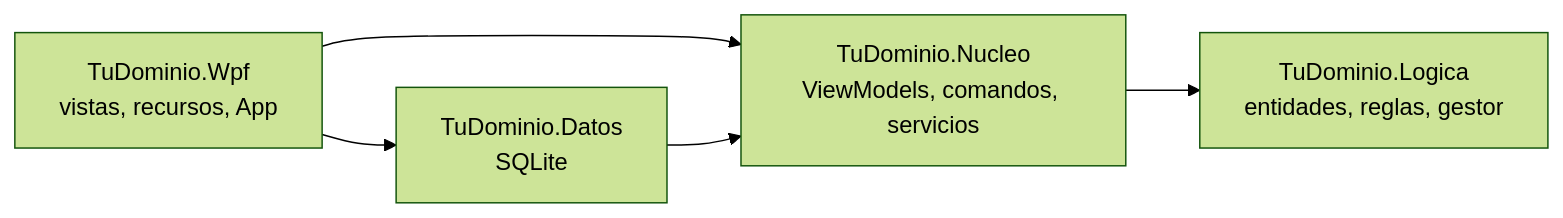
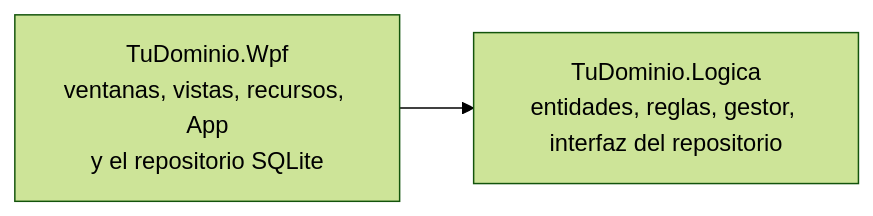
Before and after one commit to fpftoro/UD3_2_2DAM_DEINT_2627: the diagram in proyecto/README.md, drawn with Mermaid (forest theme). The commit also changed other lines of this file and 1 other file, not shown here.

Commit message:
otra simplificacion del proyecto

````diff
--- a/proyecto/README.md
+++ b/proyecto/README.md
@@ -27,7 +25,4 @@
 ```mermaid
 flowchart LR
-    W["TuDominio.Wpf<br/>vistas, recursos, App"] --> N["TuDominio.Nucleo<br/>ViewModels, comandos, servicios"]
-    W --> D["TuDominio.Datos<br/>SQLite"]
-    D --> N
-    N --> L["TuDominio.Logica<br/>entidades, reglas, gestor"]
+    W["TuDominio.Wpf<br/>ventanas, vistas, recursos, App<br/>y el repositorio SQLite"] --> L["TuDominio.Logica<br/>entidades, reglas, gestor, interfaz del repositorio"]
 ```
````
